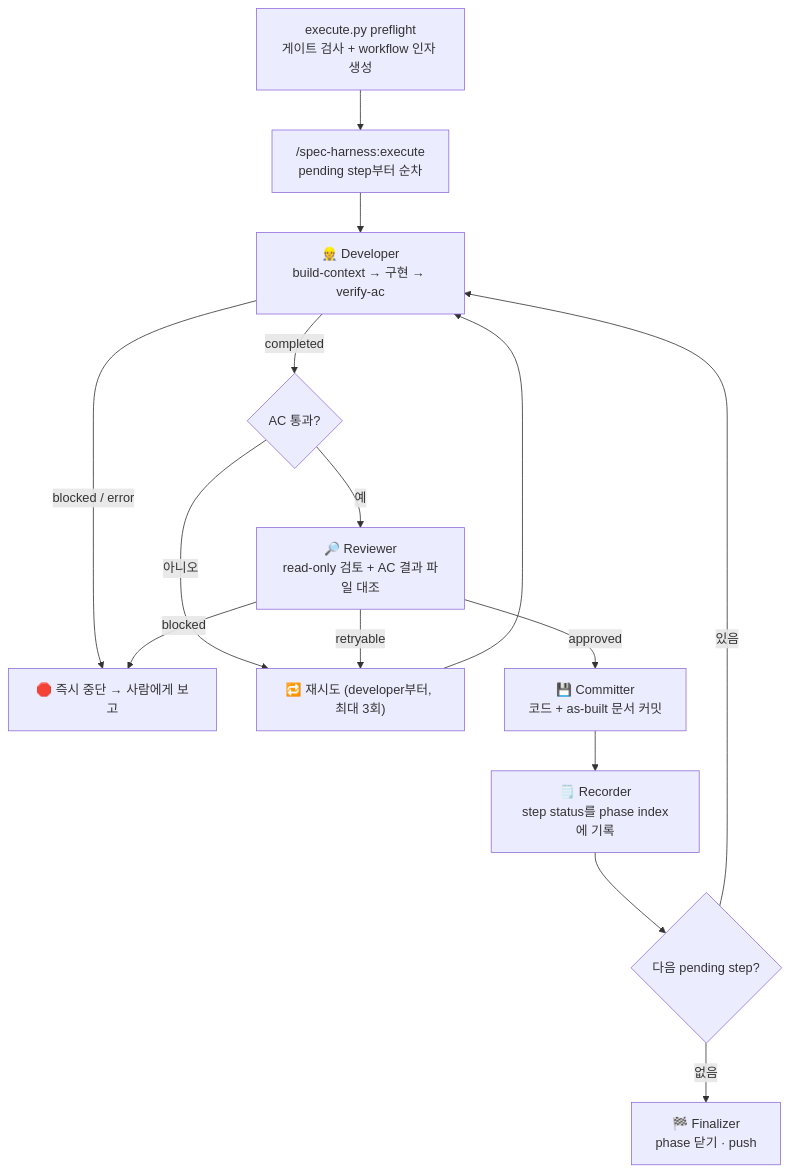
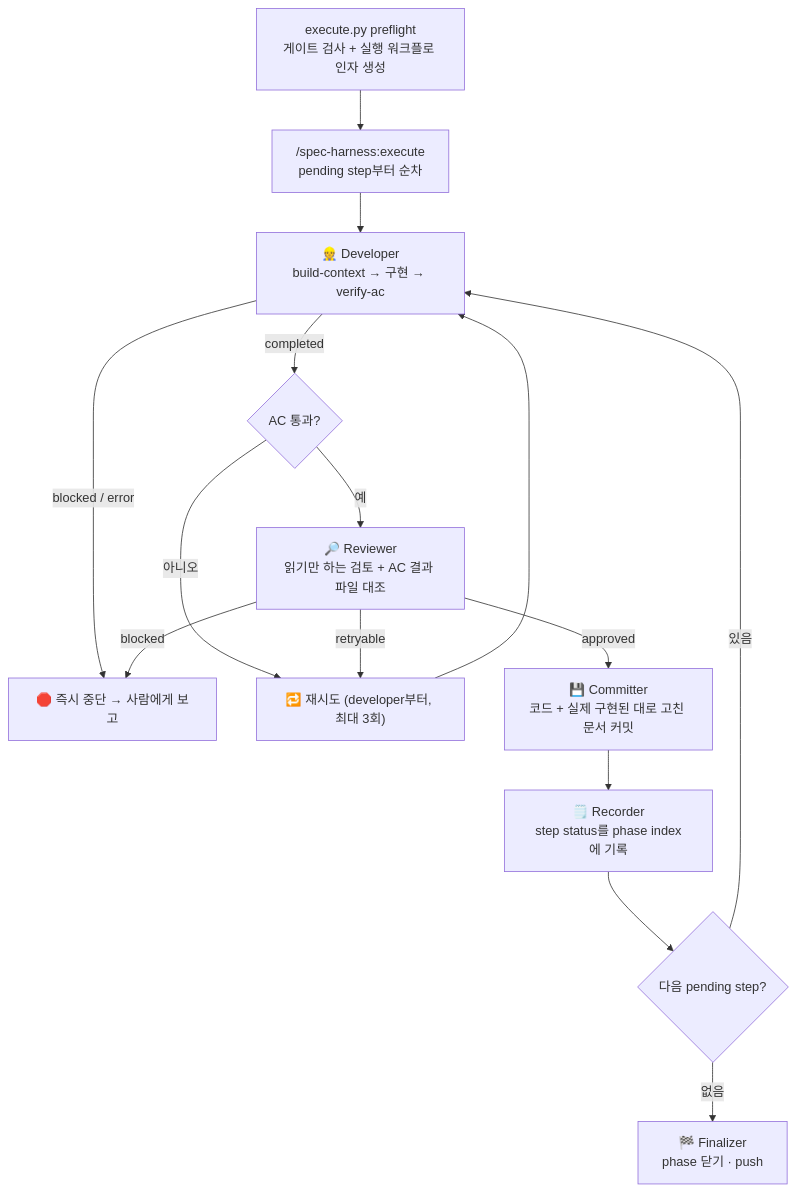
The third of 4 diagrams in README.md (KimYeonWook511/spec-harness-plugin), drawn with Mermaid before and after one commit. The commit also changed other lines of this file and 39 other files, not shown here.

````diff
--- a/README.md
+++ b/README.md
@@ -188,17 +186,17 @@
 ```mermaid
 flowchart TD
-    PF["execute.py preflight<br>게이트 검사 + workflow 인자 생성"] --> WF["/spec-harness:execute<br>pending step부터 순차"]
+    PF["execute.py preflight<br>게이트 검사 + 실행 워크플로 인자 생성"] --> WF["/spec-harness:execute<br>pending step부터 순차"]
     WF --> G["👷 Developer<br>build-context → 구현 → verify-ac"]
     G -->|blocked / error| L["🛑 즉시 중단 → 사람에게 보고"]
     G -->|completed| H{"AC 통과?"}
     H -->|아니오| J["🔁 재시도 (developer부터, 최대 3회)"]
-    H -->|예| I["🔎 Reviewer<br>read-only 검토 + AC 결과 파일 대조"]
+    H -->|예| I["🔎 Reviewer<br>읽기만 하는 검토 + AC 결과 파일 대조"]
     I -->|retryable| J
     I -->|blocked| L
-    I -->|approved| K["💾 Committer<br>코드 + as-built 문서 커밋"]
+    I -->|approved| K["💾 Committer<br>코드 + 실제 구현된 대로 고친 문서 커밋"]
     J --> G
     K --> R["🗒️ Recorder<br>step status를 phase index에 기록"]
     R --> N{"다음 pending step?"}
     N -->|있음| G
     N -->|없음| FIN["🏁 Finalizer<br>phase 닫기 · push"]
 ```
````
